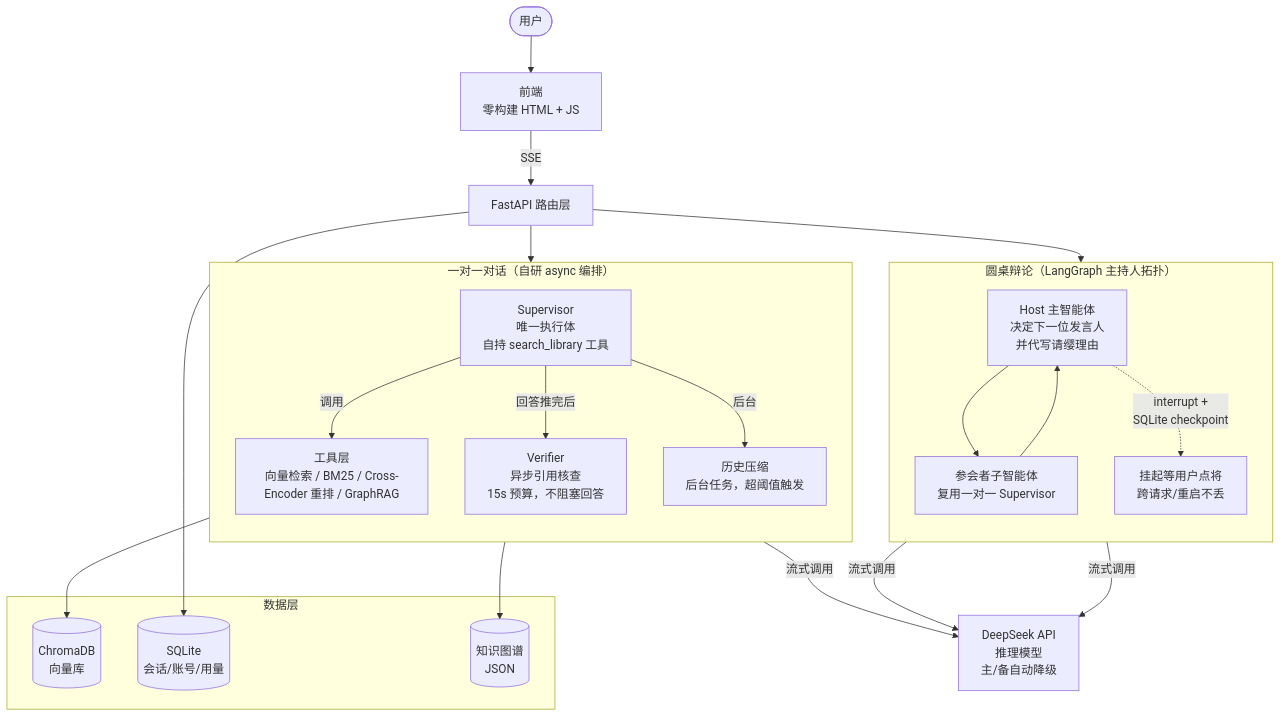
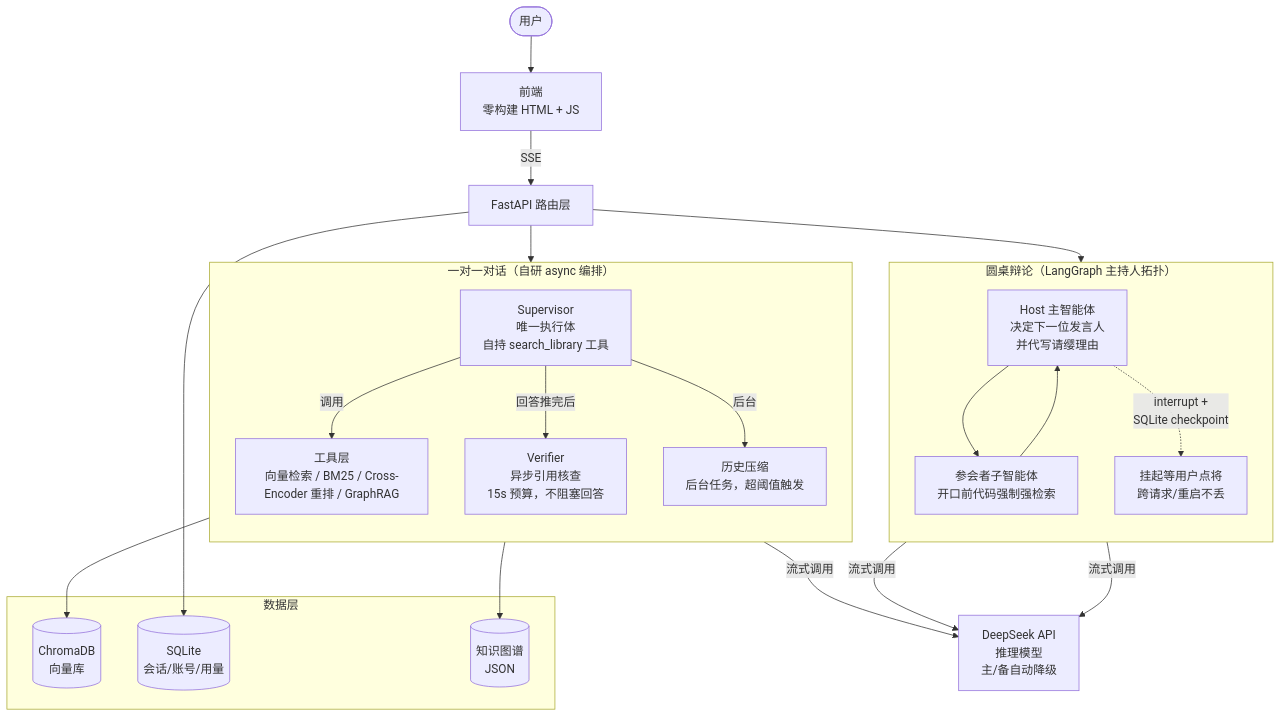
One commit to ThekingofAI91/cuxi changed the diagram in README.md. Above: the diagram before and after it, drawn with Mermaid. The commit also changed other lines of this file and 4 other files, not shown here.

````diff
--- a/README.md
+++ b/README.md
@@ -26,42 +26,42 @@
 ```mermaid
 flowchart TD
     User([用户]) --> UI[前端<br/>零构建 HTML + JS]
     UI -->|SSE| API[FastAPI 路由层]
 
     subgraph OneOnOne["一对一对话（自研 async 编排）"]
         direction TB
         Sup[Supervisor<br/>唯一执行体<br/>自持 search_library 工具]
         Tools[工具层<br/>向量检索 / BM25 / Cross-Encoder 重排 / GraphRAG]
         Verify[Verifier<br/>异步引用核查<br/>15s 预算，不阻塞回答]
         Compress[历史压缩<br/>后台任务，超阈值触发]
         Sup -->|调用| Tools
         Sup -->|回答推完后| Verify
         Sup -->|后台| Compress
     end
 
     subgraph Roundtable["圆桌辩论（LangGraph 主持人拓扑）"]
         direction TB
         Host[Host 主智能体<br/>决定下一位发言人<br/>并代写请缨理由]
-        Participants[参会者子智能体<br/>复用一对一 Supervisor]
+        Participants[参会者子智能体<br/>开口前代码强制强检索]
         Host --> Participants
         Participants --> Host
         Host -.->|interrupt +<br/>SQLite checkpoint| Wait[挂起等用户点将<br/>跨请求/重启不丢]
     end
 
     subgraph Data["数据层"]
         Chroma[(ChromaDB<br/>向量库)]
         SQLite[(SQLite<br/>会话/账号/用量)]
         Graph[(知识图谱<br/>JSON)]
     end
 
     API --> OneOnOne
     API --> Roundtable
     Tools --> Chroma
     Tools --> Graph
     API --> SQLite
 
     LLM[DeepSeek API<br/>推理模型<br/>主/备自动降级]
     Sup -->|流式调用| LLM
     Host -->|流式调用| LLM
     Participants -->|流式调用| LLM
 ```
````
